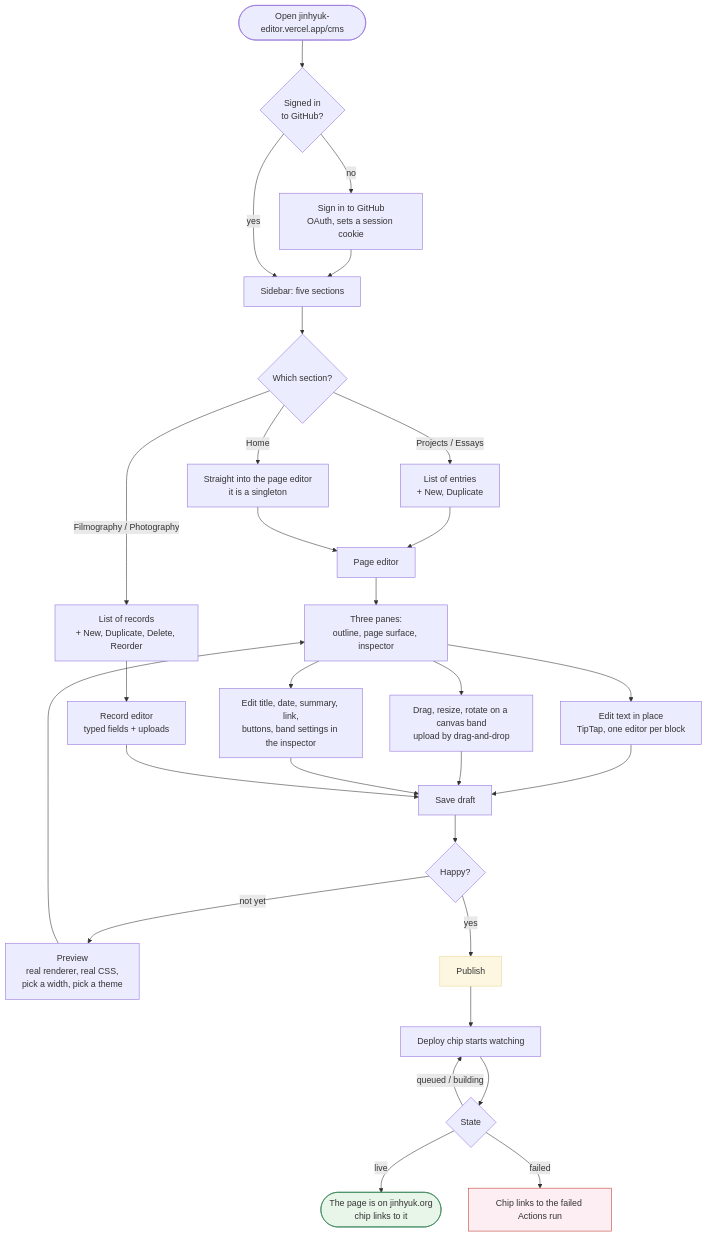
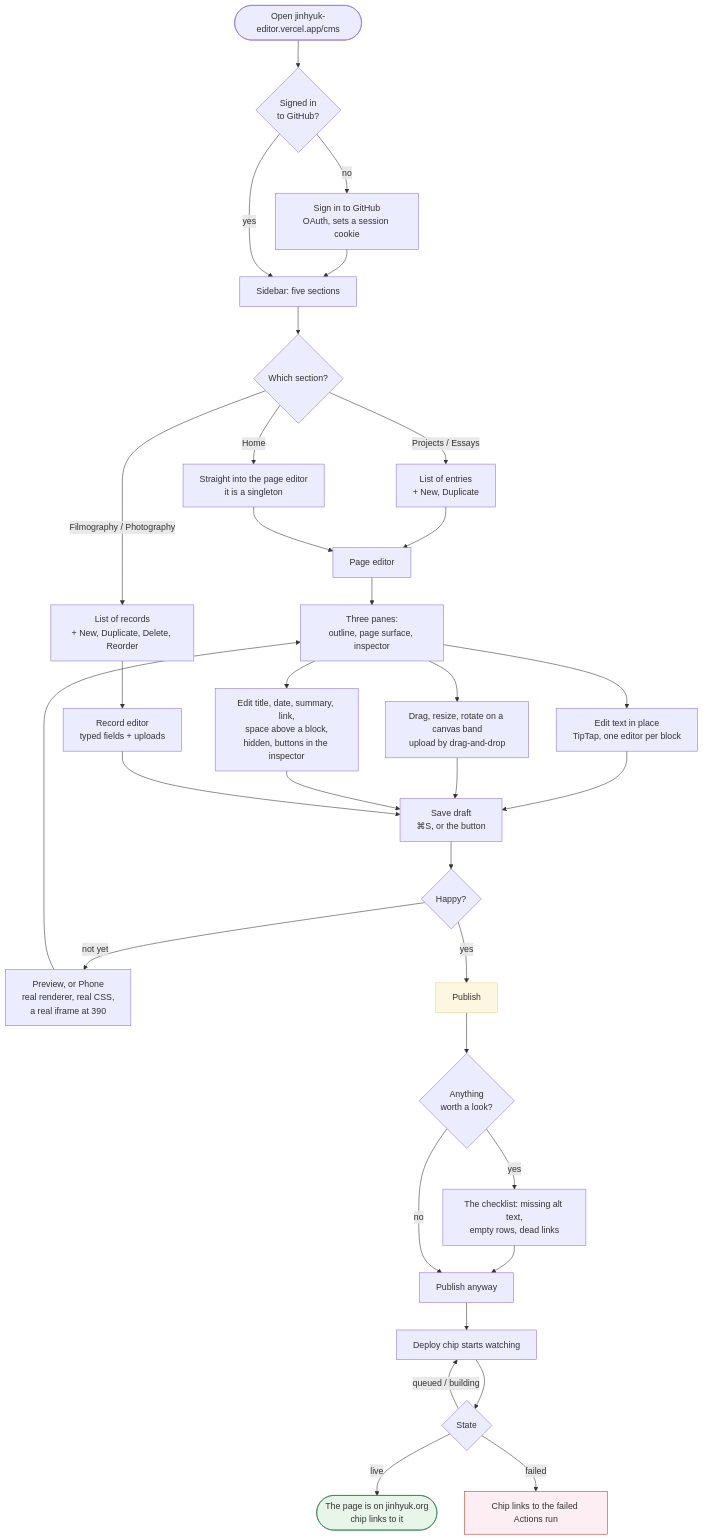
The first of 4 diagrams in cms/workflow.md (ryan-choi-jh/jinhyuk.org), drawn with Mermaid before and after one commit. The commit also changed other lines of this file and 7 other files, not shown here.

````diff
--- a/cms/workflow.md
+++ b/cms/workflow.md
@@ -17,39 +17,42 @@
 ```mermaid
 flowchart TD
     A([Open jinhyuk-editor.vercel.app/cms]) --> B{Signed in<br/>to GitHub?}
     B -- no --> B1[Sign in to GitHub<br/>OAuth, sets a session cookie] --> C
     B -- yes --> C[Sidebar: five sections]
 
     C --> D{Which section?}
     D -- Home --> E1[Straight into the page editor<br/>it is a singleton]
     D -- Projects / Essays --> E2[List of entries<br/>+ New, Duplicate]
     D -- Filmography / Photography --> E3[List of records<br/>+ New, Duplicate, Delete, Reorder]
 
     E2 --> F1[Page editor]
     E1 --> F1
     E3 --> F2[Record editor<br/>typed fields + uploads]
 
     F1 --> G[Three panes:<br/>outline, page surface, inspector]
     G --> H1[Edit text in place<br/>TipTap, one editor per block]
     G --> H2[Drag, resize, rotate on a canvas band<br/>upload by drag-and-drop]
-    G --> H3[Edit title, date, summary, link,<br/>buttons, band settings in the inspector]
+    G --> H3[Edit title, date, summary, link,<br/>space above a block,<br/>hidden, buttons in the inspector]
 
-    H1 --> I[Save draft]
+    H1 --> I[Save draft<br/>⌘S, or the button]
     H2 --> I
     H3 --> I
     F2 --> I
 
     I --> J{Happy?}
-    J -- not yet --> K[Preview<br/>real renderer, real CSS,<br/>pick a width, pick a theme] --> G
+    J -- not yet --> K[Preview, or Phone<br/>real renderer, real CSS,<br/>a real iframe at 390] --> G
     J -- yes --> L[Publish]
+    L --> CL{Anything<br/>worth a look?}
+    CL -- yes --> CL2[The checklist: missing alt text,<br/>empty rows, dead links] --> L2[Publish anyway]
+    CL -- no --> L2
 
-    L --> M[Deploy chip starts watching]
+    L2 --> M[Deploy chip starts watching]
     M --> N{State}
     N -- queued / building --> M
     N -- live --> O([The page is on jinhyuk.org<br/>chip links to it])
     N -- failed --> P[Chip links to the failed Actions run]
 
     style O fill:#e8f5e9,stroke:#2e7d52
     style P fill:#fdeef3,stroke:#c0392b
     style L fill:#fdf6e0,stroke:#e8d79a
 ```
````
